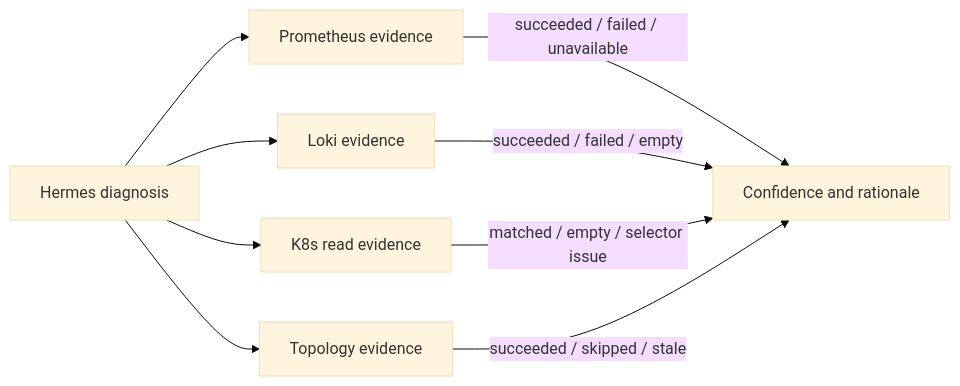
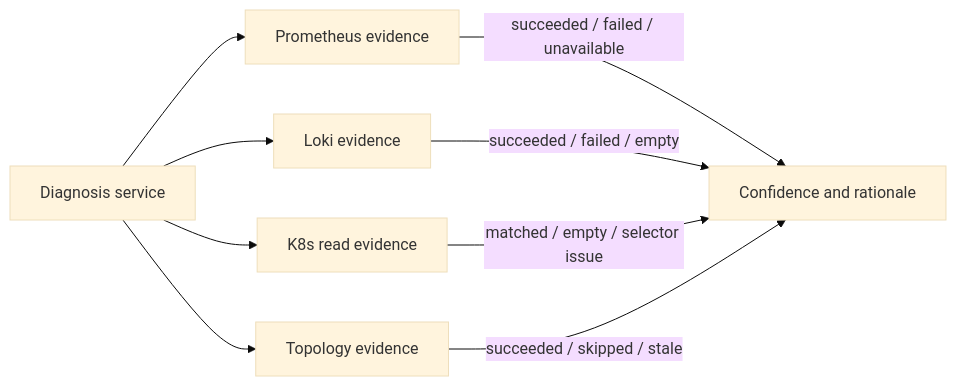
Before and after one commit to Timeless0927/AIops: the fifth of 5 diagrams in docs/architecture-diagrams.md, drawn with Mermaid (base theme). The commit also changed other lines of this file and 121 other files, not shown here.

````diff
--- a/docs/architecture-diagrams.md
+++ b/docs/architecture-diagrams.md
@@ -148,12 +112,12 @@
 ```mermaid
 flowchart LR
-    Diagnosis[Hermes diagnosis] --> Prom[Prometheus evidence]
+    Diagnosis[Diagnosis service] --> Prom[Prometheus evidence]
     Diagnosis --> Loki[Loki evidence]
     Diagnosis --> K8s[K8s read evidence]
     Diagnosis --> Topology[Topology evidence]
 
     Prom -->|succeeded / failed / unavailable| Confidence[Confidence and rationale]
     Loki -->|succeeded / failed / empty| Confidence
     K8s -->|matched / empty / selector issue| Confidence
     Topology -->|succeeded / skipped / stale| Confidence
 ```
````
